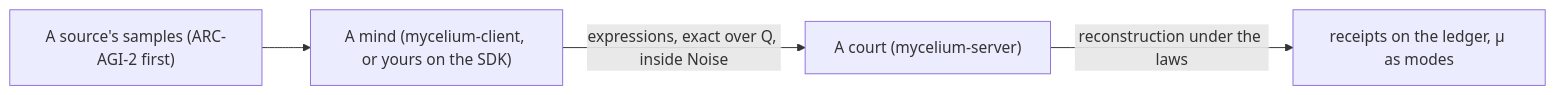
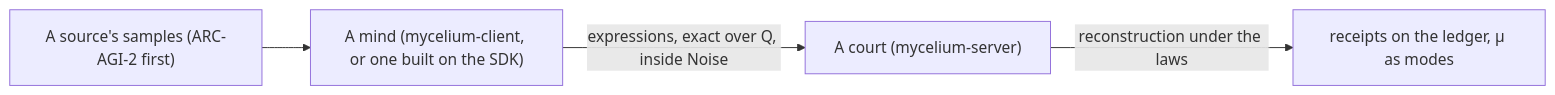
Before and after one commit to SAIOS-SAMN/mycelium: the first of 3 diagrams in README.md, drawn with Mermaid. The commit also changed other lines of this file and 34 other files, not shown here.

````diff
--- a/README.md
+++ b/README.md
@@ -8,6 +8,6 @@
 ```mermaid
 flowchart LR
-    Source["A source's samples (ARC-AGI-2 first)"] --> Mind["A mind (mycelium-client, or yours on the SDK)"]
+    Source["A source's samples (ARC-AGI-2 first)"] --> Mind["A mind (mycelium-client, or one built on the SDK)"]
     Mind -- "expressions, exact over Q, inside Noise" --> Court["A court (mycelium-server)"]
     Court -- "reconstruction under the laws" --> Ledger["receipts on the ledger, μ as modes"]
 ```
````
